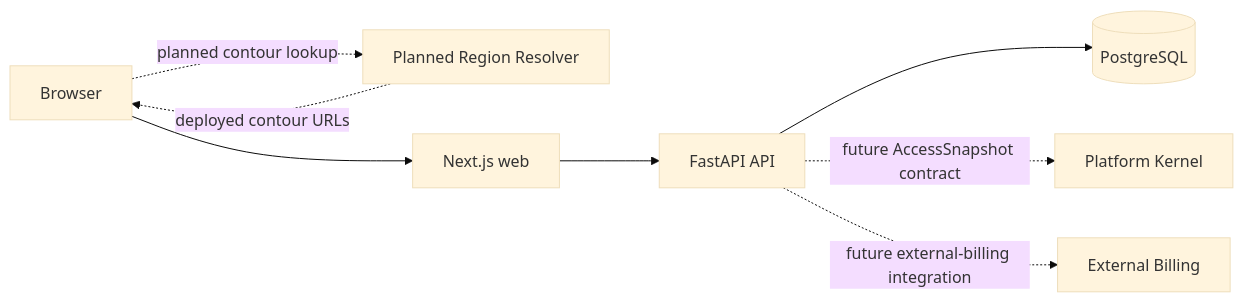
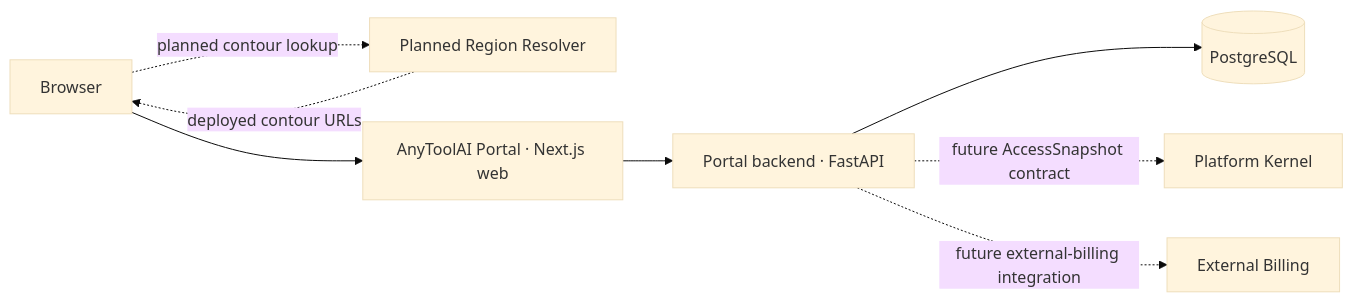
The diagram in ARCHITECTURE.md (gushinets/payments-portal), drawn with Mermaid (base theme) before and after one commit. The commit also changed other lines of this file and 90 other files, not shown here.

First line of the commit message:
ANY-636 - Evolve Payments Portal into the RU AnyToolAI Portal (#131)

````diff
--- a/ARCHITECTURE.md
+++ b/ARCHITECTURE.md
@@ -20,10 +27,10 @@
 ```mermaid
 flowchart LR
   Browser -. "planned contour lookup" .-> Resolver["Planned Region Resolver"]
   Resolver -. "deployed contour URLs" .-> Browser
-  Browser --> Web["Next.js web"]
-  Web --> API["FastAPI API"]
+  Browser --> Web["AnyToolAI Portal · Next.js web"]
+  Web --> API["Portal backend · FastAPI"]
   API --> DB[("PostgreSQL")]
   API -. "future AccessSnapshot contract" .-> Kernel["Platform Kernel"]
   API -. "future external-billing integration" .-> Billing["External Billing"]
 ```
````
